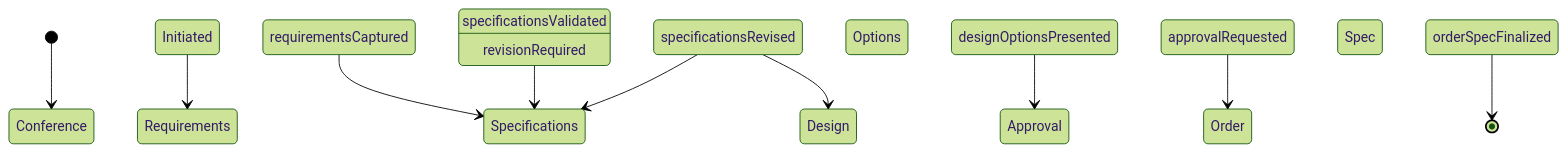
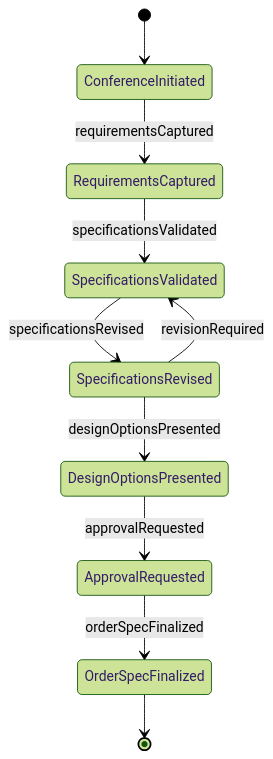
One commit to dot-org-ai/tasks.org.ai changed the second of 4 diagrams in CommunicatingWithSupervisorsPeersOrSubordinates/ConferWithClientsToDetermineNeedsOrOrderSpecifications/ConferCustomersDesignersDetermineOrder.mdx. Above: the diagram before and after it, drawn with Mermaid (forest theme). The commit also changed other lines of this file and 515 other files, not shown here.

````diff
--- a/CommunicatingWithSupervisorsPeersOrSubordinates/ConferWithClientsToDetermineNeedsOrOrderSpecifications/ConferCustomersDesignersDetermineOrder.mdx
+++ b/CommunicatingWithSupervisorsPeersOrSubordinates/ConferWithClientsToDetermineNeedsOrOrderSpecifications/ConferCustomersDesignersDetermineOrder.mdx
@@ -99,12 +99,12 @@
 ```mermaid
 stateDiagram-v2
-    [*] --> Conference Initiated
-    Conference Initiated --> Requirements Captured : requirementsCaptured
-    Requirements Captured --> Specifications Validated : specificationsValidated
-    Specifications Validated --> Specifications Revised : specificationsRevised
-    Specifications Revised --> Design Options Presented : designOptionsPresented
-    Design Options Presented --> Approval Requested : approvalRequested
-    Approval Requested --> Order Spec Finalized : orderSpecFinalized
-    Specifications Revised --> Specifications Validated : revisionRequired
-    Order Spec Finalized --> [*]
+    [*] --> ConferenceInitiated
+    ConferenceInitiated --> RequirementsCaptured : requirementsCaptured
+    RequirementsCaptured --> SpecificationsValidated : specificationsValidated
+    SpecificationsValidated --> SpecificationsRevised : specificationsRevised
+    SpecificationsRevised --> DesignOptionsPresented : designOptionsPresented
+    DesignOptionsPresented --> ApprovalRequested : approvalRequested
+    ApprovalRequested --> OrderSpecFinalized : orderSpecFinalized
+    SpecificationsRevised --> SpecificationsValidated : revisionRequired
+    OrderSpecFinalized --> [*]
 ```
````
